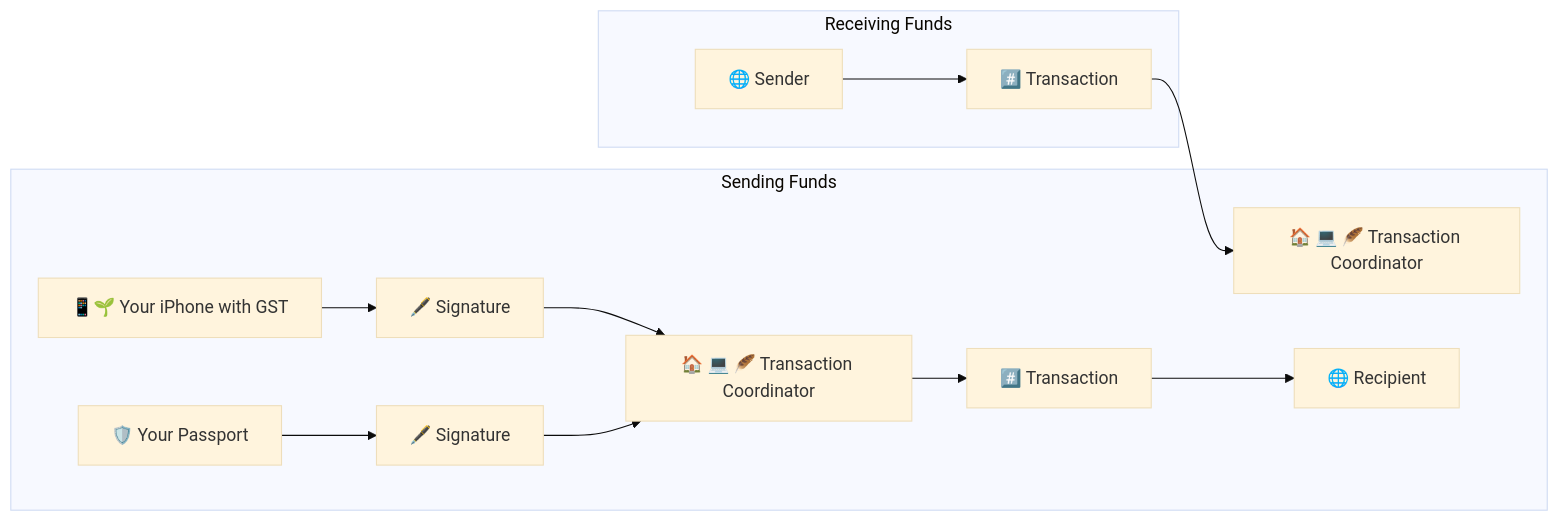
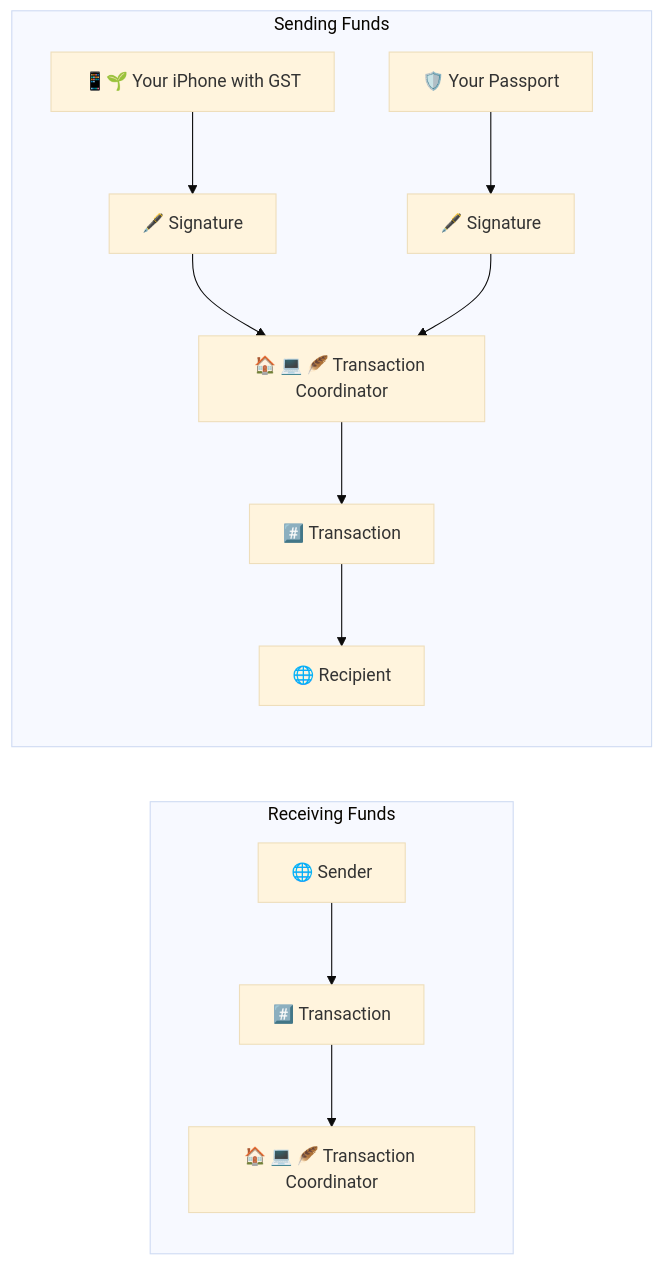
Diagram 40 of 45 in Docs/Scenario-Multisig.md (BlockchainCommons/SmartCustody), drawn with Mermaid (base theme) before and after one commit. The commit also changed other lines of this file, not shown here.

````diff
--- a/Docs/Scenario-Multisig.md
+++ b/Docs/Scenario-Multisig.md
@@ -1142,22 +1142,22 @@
 ```mermaid
     graph LR;
     subgraph receive ["Receiving Funds"]
     A["🌐 Sender"]
     A1["#️⃣ Transaction"]
+    B["🏠 💻 🪶 Transaction Coordinator"]
     end
     subgraph send ["Sending Funds"]
-    B["🏠 💻 🪶 Transaction Coordinator"]
     C["📱🌱 Your iPhone with GST"]
     C1["🖋️ Signature"]
     D["🛡️ Your Passport"]
     D1["🖋️ Signature"]
     E["🏠 💻 🪶 Transaction Coordinator"]
     E1["#️⃣ Transaction"]
     F["🌐 Recipient"]
     end
     
     A-->A1-->B
     C-->C1-->E
     D-->D1-->E
     E-->E1-->F
 ```
````
